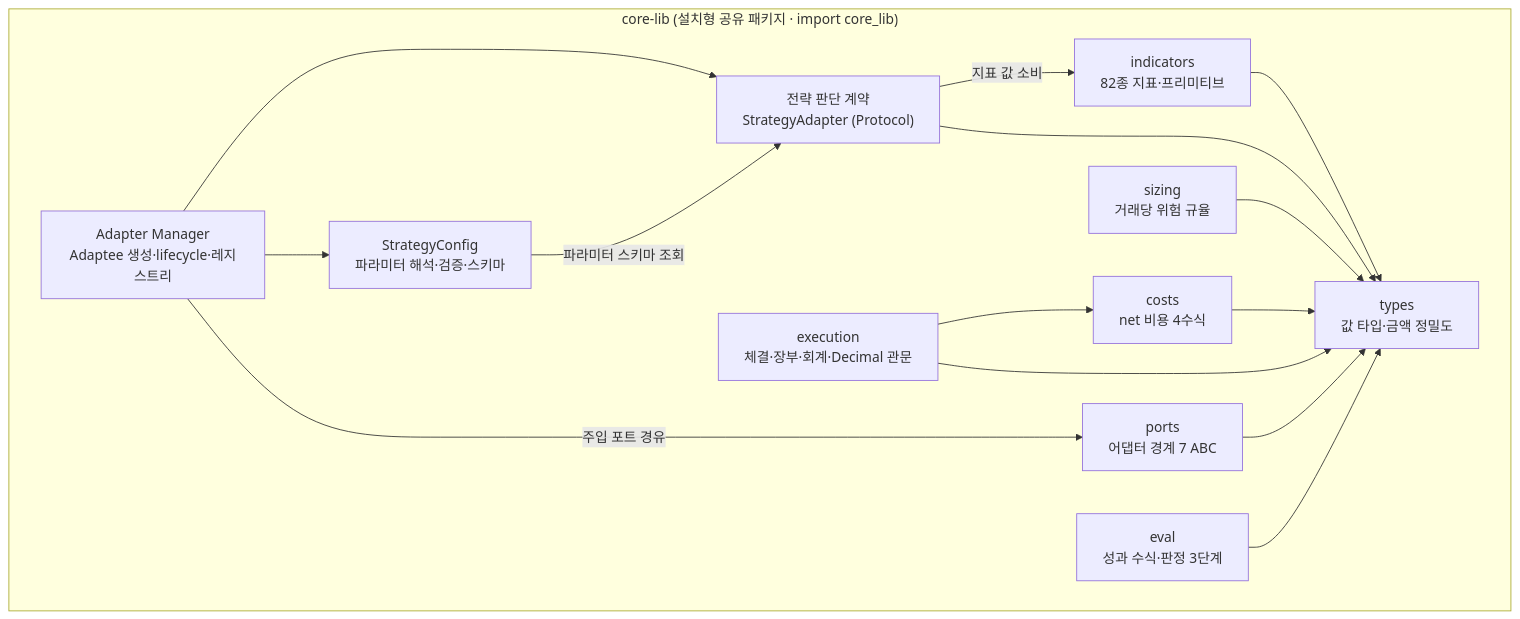
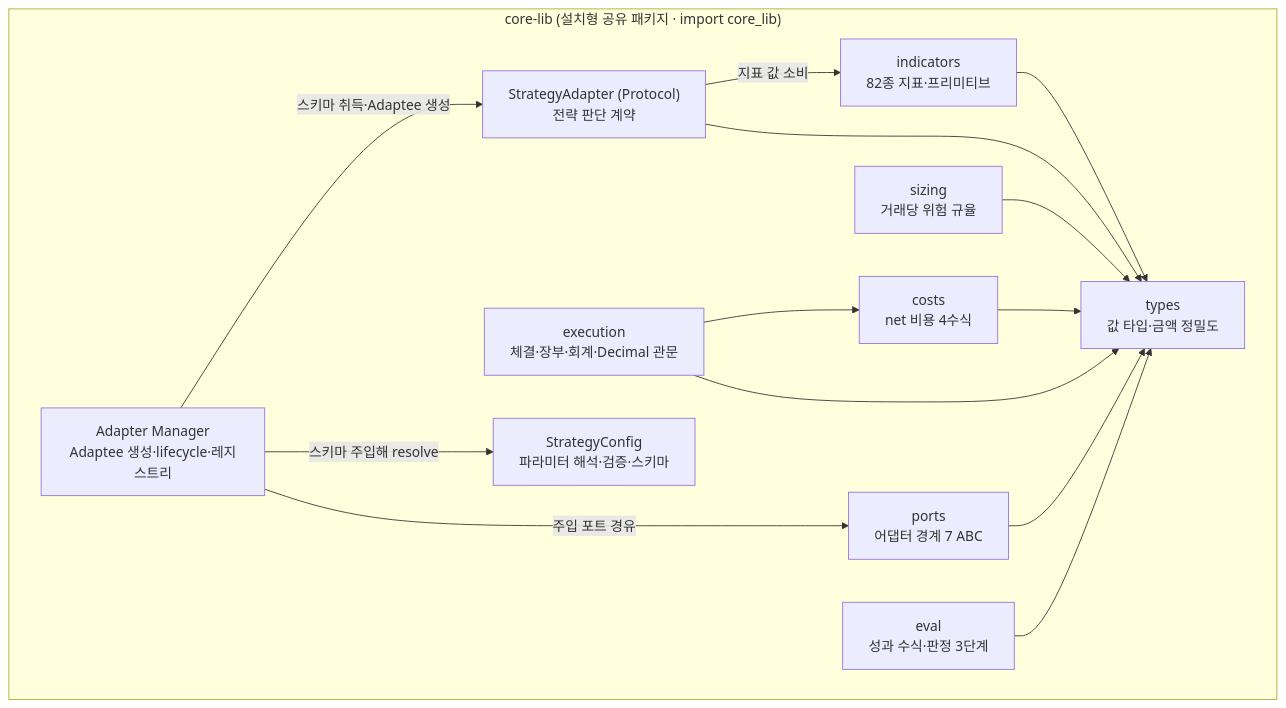
Before and after one commit to vessel35/trading-system-v2: the third of 17 diagrams in docs/fullspec/backtest_v2_detailed_design.md, drawn with Mermaid. The commit also changed other lines of this file, not shown here.

````diff
--- a/docs/fullspec/backtest_v2_detailed_design.md
+++ b/docs/fullspec/backtest_v2_detailed_design.md
@@ -459,28 +497,27 @@
 ```mermaid
 flowchart TD
     subgraph CORELIB["core-lib (설치형 공유 패키지 · import core_lib)"]
         TYPES["types<br/>값 타입·금액 정밀도"]
         IND["indicators<br/>82종 지표·프리미티브"]
-        STRAT["전략 판단 계약<br/>StrategyAdapter (Protocol)"]
+        STRAT["StrategyAdapter (Protocol)<br/>전략 판단 계약"]
         SIZ["sizing<br/>거래당 위험 규율"]
         CST["costs<br/>net 비용 4수식"]
         EXE["execution<br/>체결·장부·회계·Decimal 관문"]
         PORT["ports<br/>어댑터 경계 7 ABC"]
         EVAL["eval<br/>성과 수식·판정 3단계"]
         MGR["Adapter Manager<br/>Adaptee 생성·lifecycle·레지스트리"]
         CFG["StrategyConfig<br/>파라미터 해석·검증·스키마"]
     end
     IND --> TYPES
     STRAT --> TYPES
     STRAT -->|지표 값 소비| IND
     SIZ --> TYPES
     CST --> TYPES
     EXE --> TYPES
     EXE --> CST
     PORT --> TYPES
     EVAL --> TYPES
-    MGR --> STRAT
-    MGR --> CFG
+    MGR -->|스키마 취득·Adaptee 생성| STRAT
+    MGR -->|스키마 주입해 resolve| CFG
     MGR -->|주입 포트 경유| PORT
-    CFG -->|파라미터 스키마 조회| STRAT
 ```
````
